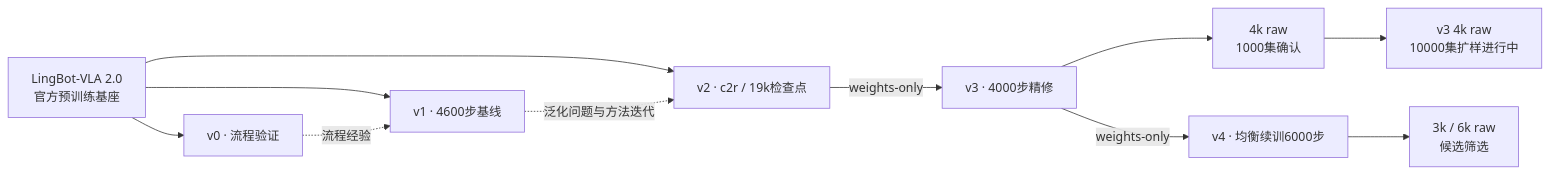
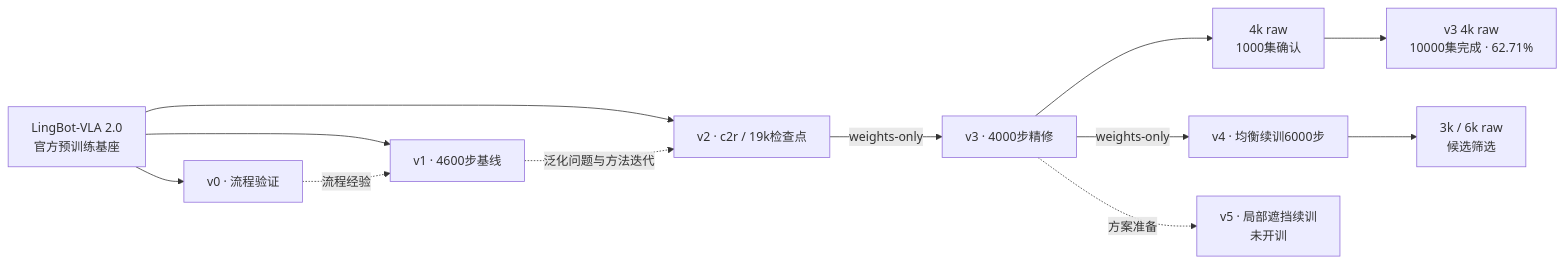
The first of 2 diagrams in README.md (tlysanhuo/lingbot-vla-challenge), drawn with Mermaid before and after one commit. The commit also changed other lines of this file and 36 other files, not shown here.

````diff
--- a/README.md
+++ b/README.md
@@ -212,14 +223,15 @@
 ```mermaid
 flowchart LR
     Base[LingBot-VLA 2.0<br/>官方预训练基座]
     Base --> V0[v0 · 流程验证]
     Base --> V1[v1 · 4600步基线]
     Base --> V2[v2 · c2r / 19k检查点]
     V2 -->|weights-only| V3[v3 · 4000步精修]
     V0 -.流程经验.-> V1
     V1 -.泛化问题与方法迭代.-> V2
     V3 --> Confirm[4k raw<br/>1000集确认]
     V3 -->|weights-only| V4[v4 · 均衡续训6000步]
     V4 --> Screen[3k / 6k raw<br/>候选筛选]
-    Confirm --> Full[v3 4k raw<br/>10000集扩样进行中]
+    Confirm --> Full[v3 4k raw<br/>10000集完成 · 62.71%]
+    V3 -.方案准备.-> V5[v5 · 局部遮挡续训<br/>未开训]
 ```
````
